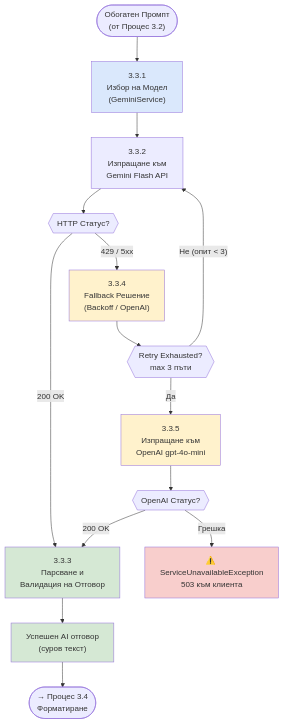
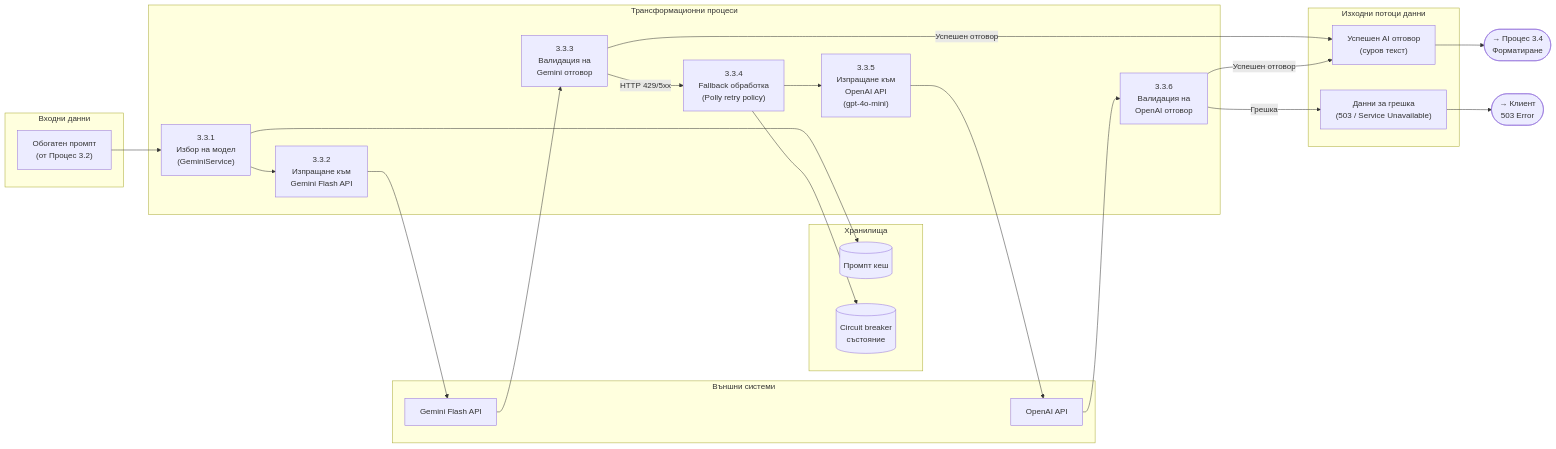
Before and after one commit to PlamenMitkov/plaminski-pateki: the diagram in uml-diagrams/23-dfd-level3-model-execution.md, drawn with Mermaid. The commit also changed other lines of this file and 74 other files, not shown here.

````diff
--- a/uml-diagrams/23-dfd-level3-model-execution.md
+++ b/uml-diagrams/23-dfd-level3-model-execution.md
@@ -3,37 +3,50 @@
 ```mermaid
-flowchart TD
-    Start(["Обогатен Промпт\n(от Процес 3.2)"])
+graph LR
+    subgraph Входни_данни["Входни данни"]
+        IN1["Обогатен промпт\n(от Процес 3.2)"]
+    end
 
-    P331["3.3.1\nИзбор на Модел\n(GeminiService)"]
-    P332["3.3.2\nИзпращане към\nGemini Flash API"]
-    P333{{"HTTP Статус?"}}
-    P334["3.3.3\nПарсване и\nВалидация на Отговор"]
-    P335["3.3.4\nFallback Решение\n(Backoff / OpenAI)"]
-    P336{{"Retry Exhausted?<br/>max 3 пъти"}}
-    P337["3.3.5\nИзпращане към\nOpenAI gpt-4o-mini"]
-    P338{{"OpenAI Статус?"}}
-    P339["⚠️ ServiceUnavailableException\n503 към клиента"]
-    P340["Успешен AI отговор\n(суров текст)"]
+    subgraph Процеси["Трансформационни процеси"]
+        P331["3.3.1\nИзбор на модел\n(GeminiService)"]
+        P332["3.3.2\nИзпращане към\nGemini Flash API"]
+        P333["3.3.3\nВалидация на\nGemini отговор"]
+        P334["3.3.4\nFallback обработка\n(Polly retry policy)"]
+        P335["3.3.5\nИзпращане към\nOpenAI API\n(gpt-4o-mini)"]
+        P336["3.3.6\nВалидация на\nOpenAI отговор"]
+    end
 
-    Start --> P331
+    subgraph Хранилища["Хранилища"]
+        D1[("Промпт кеш")]
+        D2[("Circuit breaker\nсъстояние")]
+    end
+
+    subgraph Външни_системи["Външни системи"]
+        EXT1["Gemini Flash API"]
+        EXT2["OpenAI API"]
+    end
+
+    subgraph Изходни_данни["Изходни потоци данни"]
+        OUT1["Успешен AI отговор\n(суров текст)"]
+        OUT2["Данни за грешка\n(503 / Service Unavailable)"]
+    end
+
+    IN1 --> P331
+    P331 --> D1
     P331 --> P332
-    P332 --> P333
-    P333 -->|"200 OK"| P334
-    P334 --> P340
-    P333 -->|"429 / 5xx"| P335
-    P335 --> P336
-    P336 -->|"Не (опит < 3)"| P332
-    P336 -->|"Да"| P337
-    P337 --> P338
-    P338 -->|"200 OK"| P334
-    P338 -->|"Грешка"| P339
+    P332 --> EXT1
+    EXT1 --> P333
 
-    P340 --> End(["→ Процес 3.4\nФорматиране"])
+    P333 -->|"Успешен отговор"| OUT1
+    P333 -->|"HTTP 429/5xx"| P334
 
-    style P331 fill:#dae8fc
-    style P334 fill:#d5e8d4
-    style P335 fill:#fff2cc
-    style P337 fill:#fff2cc
-    style P339 fill:#f8cecc
-    style P340 fill:#d5e8d4
+    P334 --> D2
+    P334 --> P335
+    P335 --> EXT2
+    EXT2 --> P336
+
+    P336 -->|"Успешен отговор"| OUT1
+    P336 -->|"Грешка"| OUT2
+
+    OUT1 --> End(["→ Процес 3.4\nФорматиране"])
+    OUT2 --> End2(["→ Клиент\n503 Error"])
 ```
````
